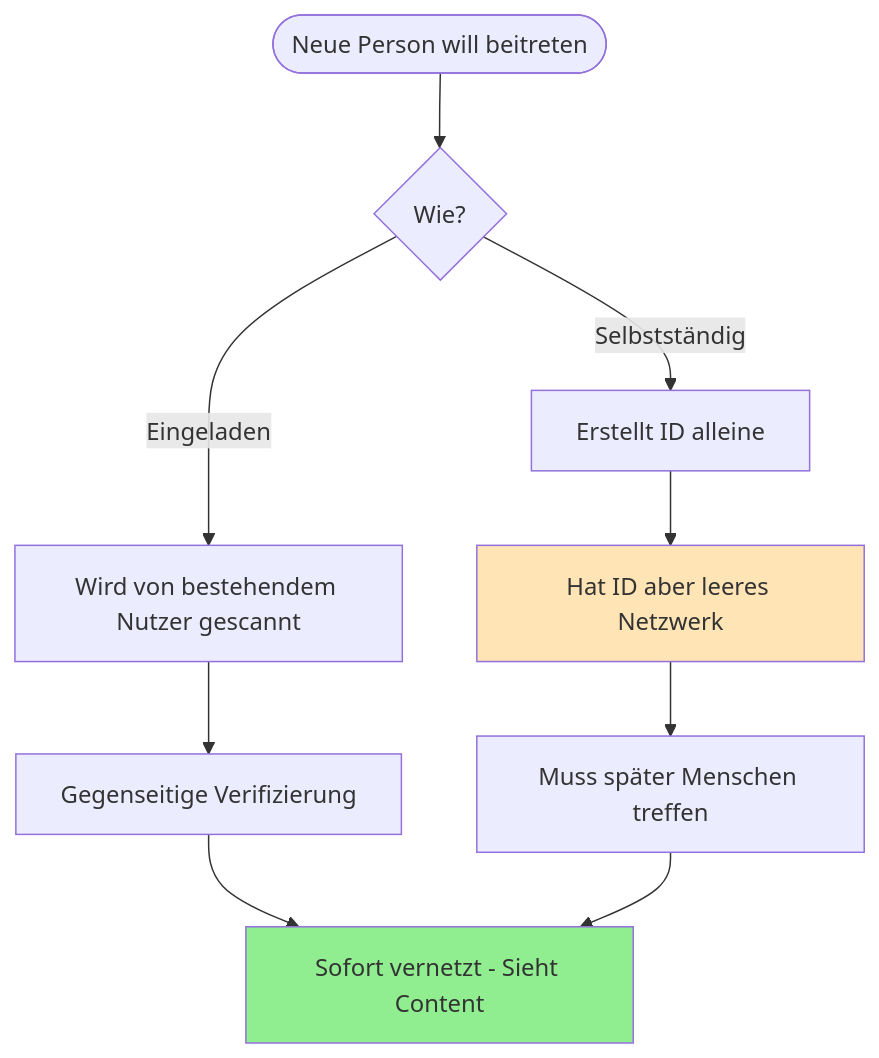
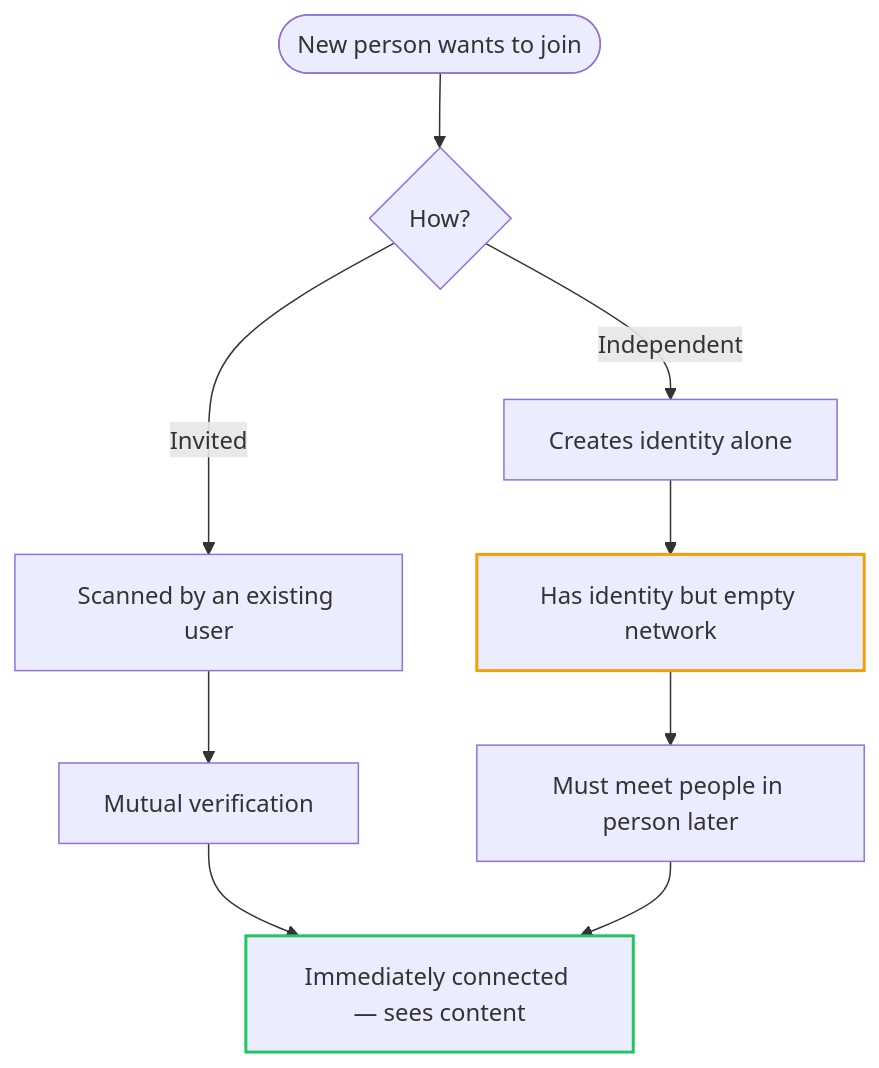
The first of 6 diagrams in docs/flows/01-onboarding-user.md (IT4Change/web-of-trust), drawn with Mermaid before and after one commit. The commit also changed other lines of this file and 6 other files, not shown here.

````diff
--- a/docs/flows/01-onboarding-user.md
+++ b/docs/flows/01-onboarding-user.md
@@ -7,17 +7,17 @@
 ```mermaid
 flowchart TD
-    Start(["Neue Person will beitreten"]) --> How{"Wie?"}
-    
-    How -->|Eingeladen| Invited["Wird von bestehendem Nutzer gescannt"]
-    How -->|Selbstständig| Solo["Erstellt ID alleine"]
-    
-    Invited --> Verify["Gegenseitige Verifizierung"]
-    Verify --> Connected["Sofort vernetzt - Sieht Content"]
-    
-    Solo --> Alone["Hat ID aber leeres Netzwerk"]
-    Alone --> Later["Muss später Menschen treffen"]
+    Start(["New person wants to join"]) --> How{"How?"}
+
+    How -->|Invited| Invited["Scanned by an existing user"]
+    How -->|Independent| Solo["Creates identity alone"]
+
+    Invited --> Verify["Mutual verification"]
+    Verify --> Connected["Immediately connected — sees content"]
+
+    Solo --> Alone["Has identity but empty network"]
+    Alone --> Later["Must meet people in person later"]
     Later --> Connected
-    
-    style Connected fill:#90EE90
-    style Alone fill:#FFE4B5
+
+    style Connected stroke:#22c55e,stroke-width:2px
+    style Alone stroke:#f59e0b,stroke-width:2px
 ```
````
